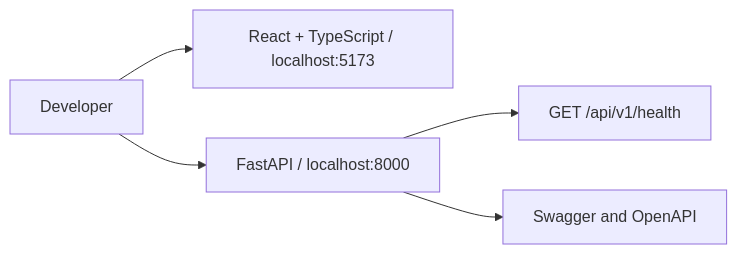
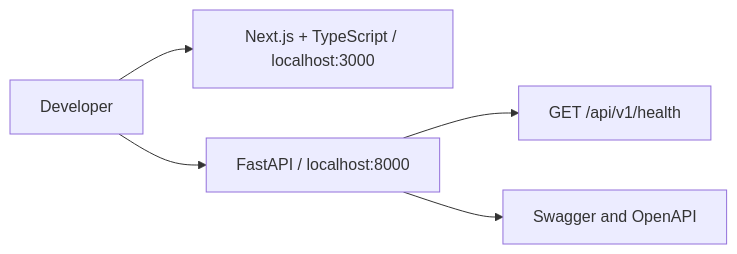
The first of 2 diagrams in docs/architecture.md (k1lst1x/DOCKET), drawn with Mermaid before and after one commit. The commit also changed other lines of this file and 3 other files, not shown here.

````diff
--- a/docs/architecture.md
+++ b/docs/architecture.md
@@ -5,7 +5,7 @@
 ```mermaid
 flowchart LR
-  Developer --> UI[React + TypeScript / localhost:5173]
+  Developer --> UI[Next.js + TypeScript / localhost:3000]
   Developer --> API[FastAPI / localhost:8000]
   API --> Health[GET /api/v1/health]
   API --> Schema[Swagger and OpenAPI]
 ```
````
